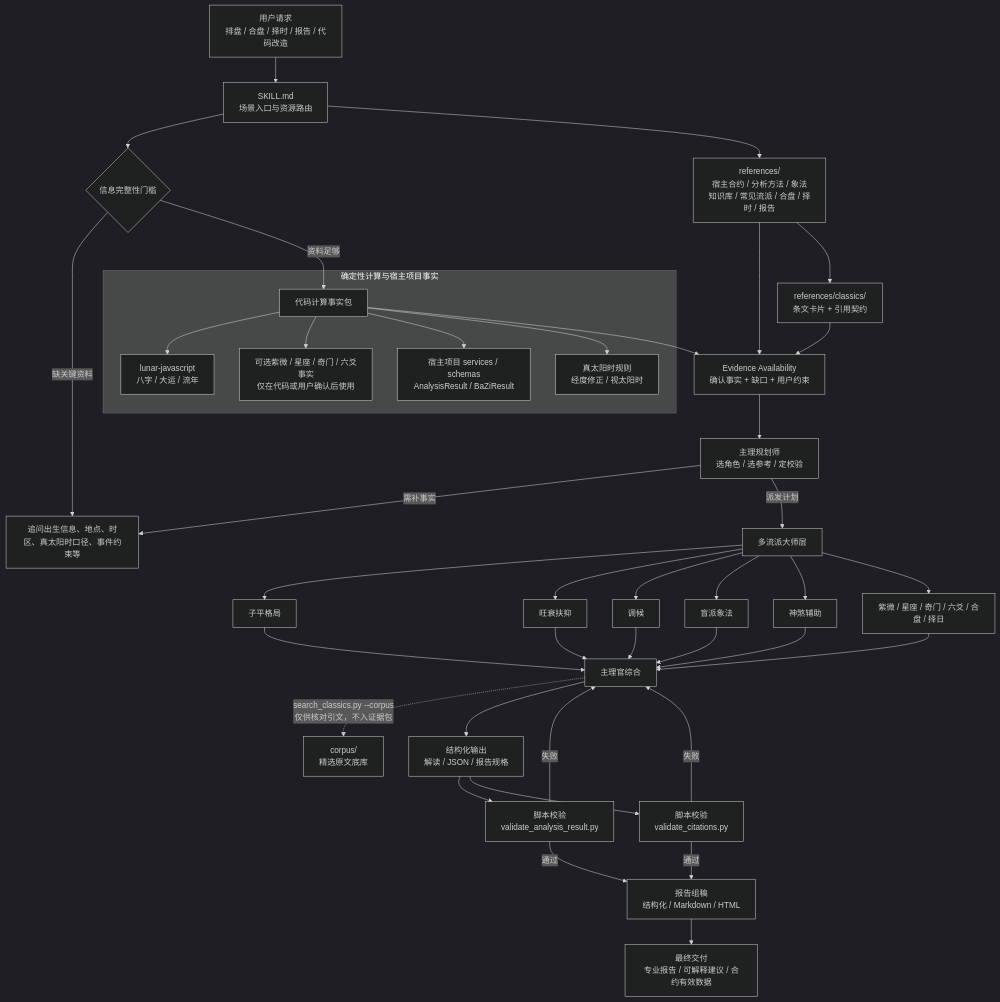
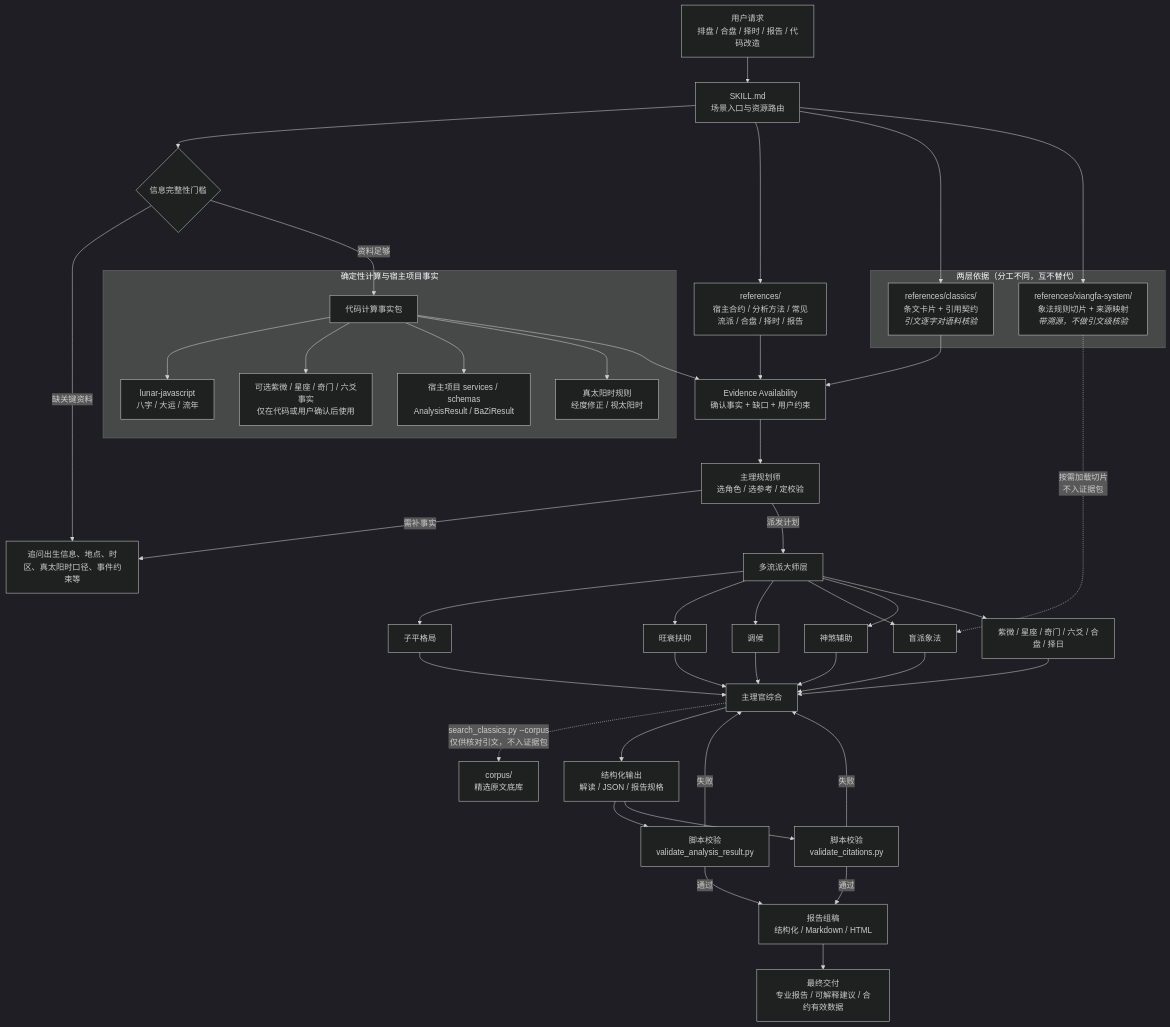
One commit to xuemian168/bazi-skill changed the diagram in README.md. Above: the diagram before and after it, drawn with Mermaid (dark theme).

Commit message:
docs: show the two grounding layers separately in the architecture diagram
合并古籍知识层后，README 架构图把 references/xiangfa-system/ 混在 references/
大盒子里，看不出它与 references/classics/ 的分工，而两层分工正是这次合并定下的
核心决定。

改动：
- 新增 S2 子图并列两层，各自标注核验强度：条文卡片「引文逐字对语料核验」，
  象法切片「带溯源，不做引文级核验」
- 区分三种取用路径：卡片实线进证据包；象法切片虚线由象法大师按需加载、不进
  证据包；语料原文底库仅主理官核对引文时经 search_classics.py 触及
- 从 references/ 节点移除已独立成节点的「象法知识库」

图已用 mermaid-cli 实际渲染验证，非仅计数围栏。

````diff
--- a/README.md
+++ b/README.md
@@ -84,47 +84,55 @@
 ```mermaid
 flowchart TD
     A["用户请求<br/>排盘 / 合盘 / 择时 / 报告 / 代码改造"] --> B["SKILL.md<br/>场景入口与资源路由"]
     B --> C{"信息完整性门槛"}
     C -->|缺关键资料| C1["追问出生信息、地点、时区、真太阳时口径、事件约束等"]
     C -->|资料足够| D["代码计算事实包"]
 
     subgraph S1["确定性计算与宿主项目事实"]
         D --> D1["lunar-javascript<br/>八字 / 大运 / 流年"]
         D --> D2["可选紫微 / 星座 / 奇门 / 六爻事实<br/>仅在代码或用户确认后使用"]
         D --> D3["宿主项目 services / schemas<br/>AnalysisResult / BaZiResult"]
         D --> D4["真太阳时规则<br/>经度修正 / 视太阳时"]
     end
 
     D --> E["Evidence Availability<br/>确认事实 + 缺口 + 用户约束"]
-    B --> R["references/<br/>宿主合约 / 分析方法 / 象法知识库 / 常见流派 / 合盘 / 择时 / 报告"]
+    B --> R["references/<br/>宿主合约 / 分析方法 / 常见流派 / 合盘 / 择时 / 报告"]
     R --> E
-    R --> RC["references/classics/<br/>条文卡片 + 引用契约"]
+
+    subgraph S2["两层依据（分工不同，互不替代）"]
+        RC["references/classics/<br/>条文卡片 + 引用契约<br/><i>引文逐字对语料核验</i>"]
+        RX["references/xiangfa-system/<br/>象法规则切片 + 来源映射<br/><i>带溯源，不做引文级核验</i>"]
+    end
+
+    B --> RC
+    B --> RX
     RC --> E
 
     E --> P["主理规划师<br/>选角色 / 选参考 / 定校验"]
     P -->|需补事实| C1
     P -->|派发计划| F["多流派大师层"]
     F --> F1["子平格局"]
     F --> F2["旺衰扶抑"]
     F --> F3["调候"]
     F --> F4["盲派象法"]
+    RX -.->|"按需加载切片<br/>不入证据包"| F4
     F --> F5["神煞辅助"]
     F --> F6["紫微 / 星座 / 奇门 / 六爻 / 合盘 / 择日"]
 
     F1 --> G["主理官综合"]
     F2 --> G
     F3 --> G
     F4 --> G
     F5 --> G
     F6 --> G
     G -.->|"search_classics.py --corpus<br/>仅供核对引文，不入证据包"| RCC["corpus/<br/>精选原文底库"]
 
     G --> H["结构化输出<br/>解读 / JSON / 报告规格"]
     H --> I["脚本校验<br/>validate_analysis_result.py"]
     H --> IC["脚本校验<br/>validate_citations.py"]
     I -->|通过| J["报告组稿<br/>结构化 / Markdown / HTML"]
     IC -->|通过| J
     I -->|失败| G
     IC -->|失败| G
     J --> K["最终交付<br/>专业报告 / 可解释建议 / 合约有效数据"]
 ```
````
